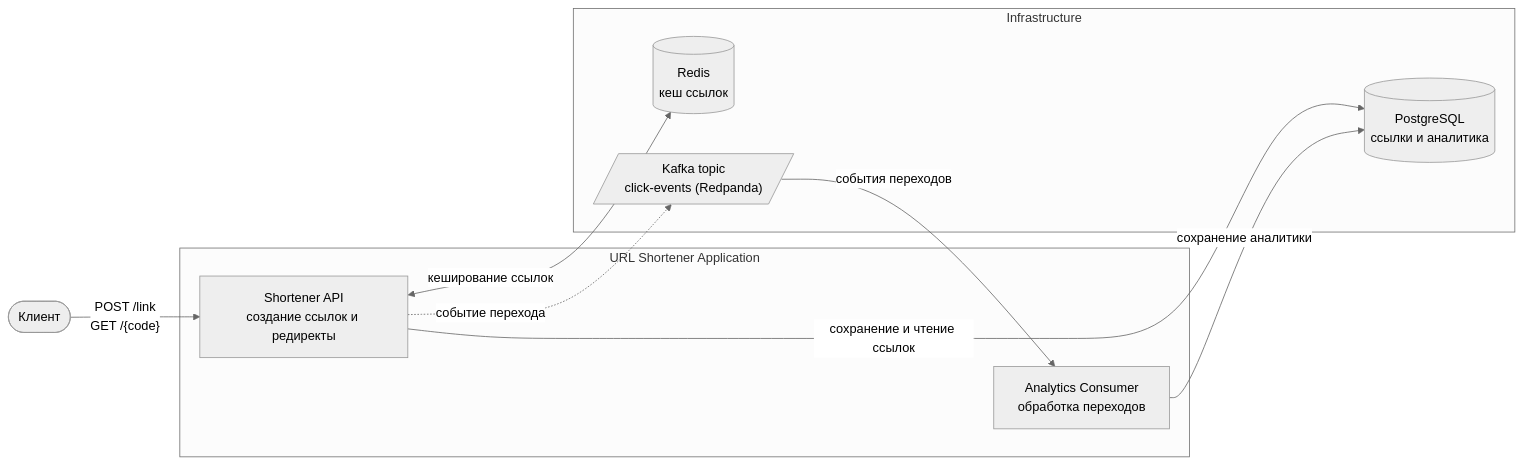
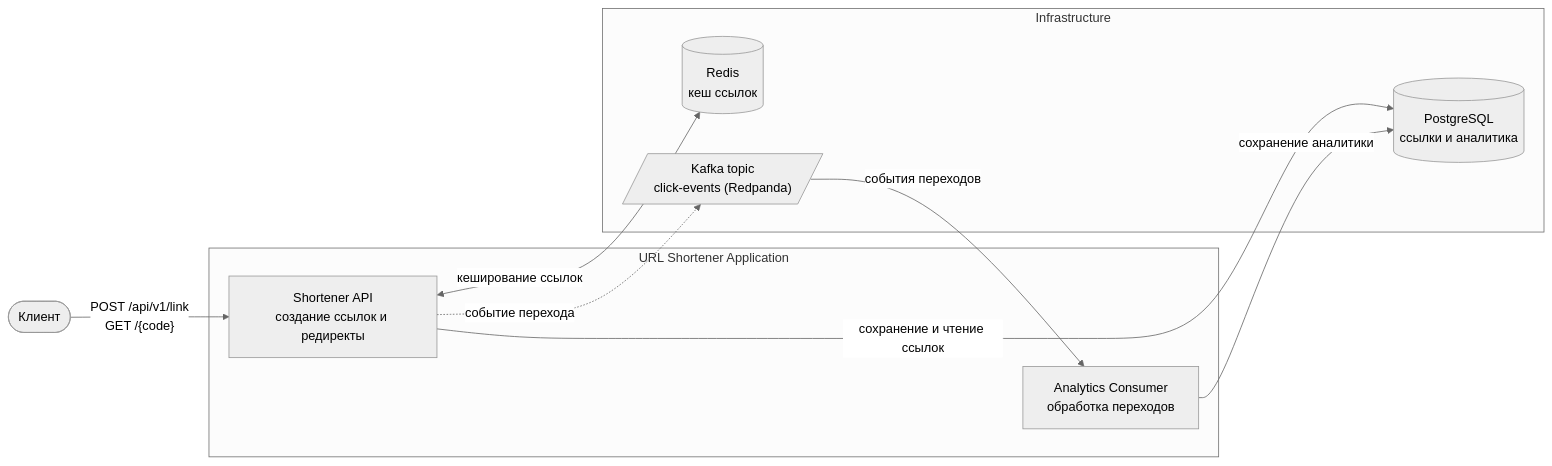
The diagram in README.md (vladislav-koval/url-shortener), drawn with Mermaid (neutral theme) before and after one commit. The commit also changed other lines of this file and 12 other files, not shown here.

````diff
--- a/README.md
+++ b/README.md
@@ -31,24 +31,24 @@
 ```mermaid
 flowchart LR
     Client([Клиент])
 
     subgraph Application["URL Shortener Application"]
         Shortener["Shortener API<br/>создание ссылок и редиректы"]
         Consumer["Analytics Consumer<br/>обработка переходов"]
     end
 
     subgraph Infrastructure["Infrastructure"]
         Redis[("Redis<br/>кеш ссылок")]
         Kafka[/"Kafka topic<br/>click-events (Redpanda)"/]
         Postgres[("PostgreSQL<br/>ссылки и аналитика")]
     end
 
-    Client -->|"POST /link<br/>GET /{code}"| Shortener
+    Client -->|"POST /api/v1/link<br/>GET /{code}"| Shortener
 
     Shortener <-->|"кеширование ссылок"| Redis
     Shortener -->|"сохранение и чтение ссылок"| Postgres
 
     Shortener -.->|"событие перехода"| Kafka
     Kafka -->|"события переходов"| Consumer
     Consumer -->|"сохранение аналитики"| Postgres
 ```
````
